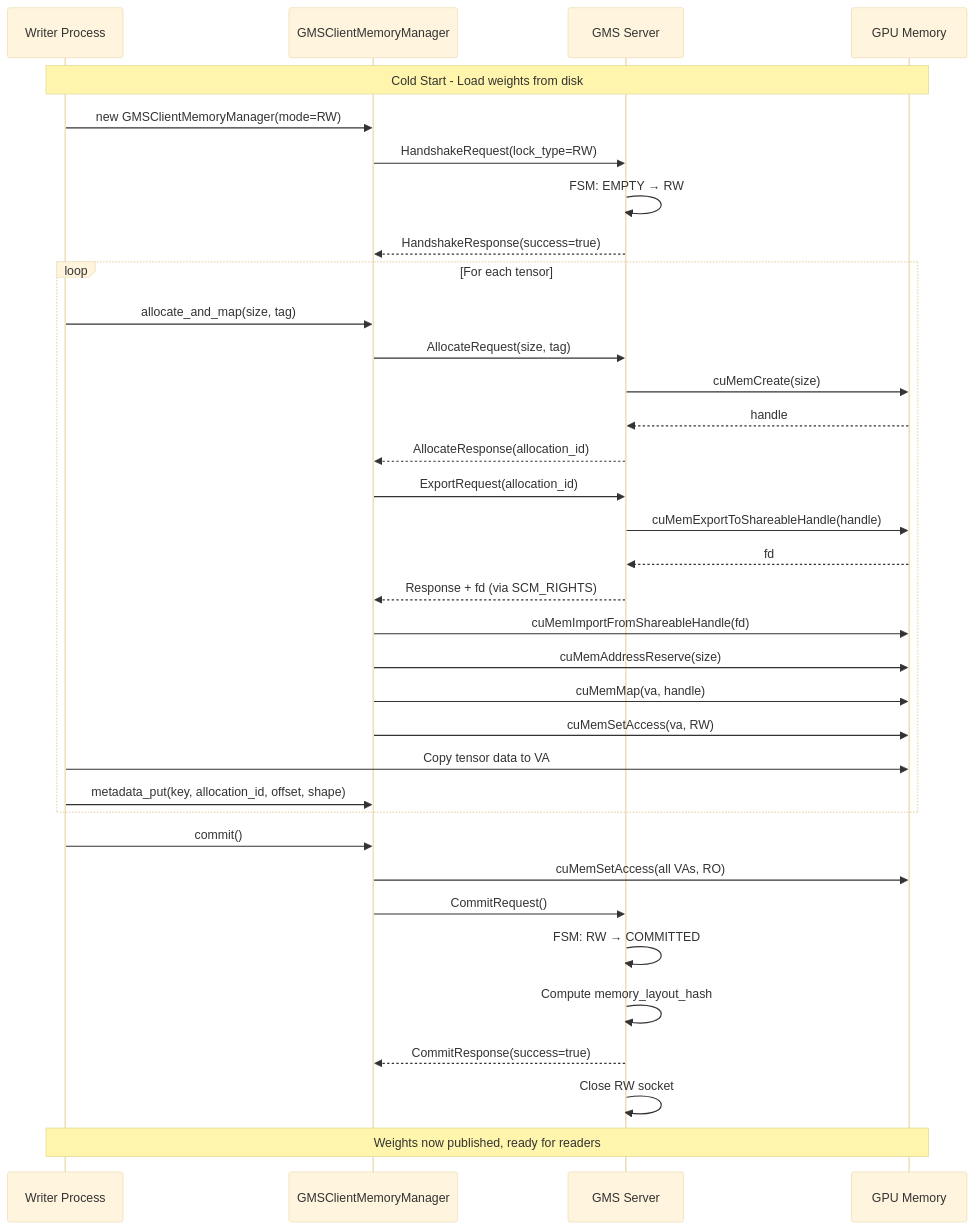
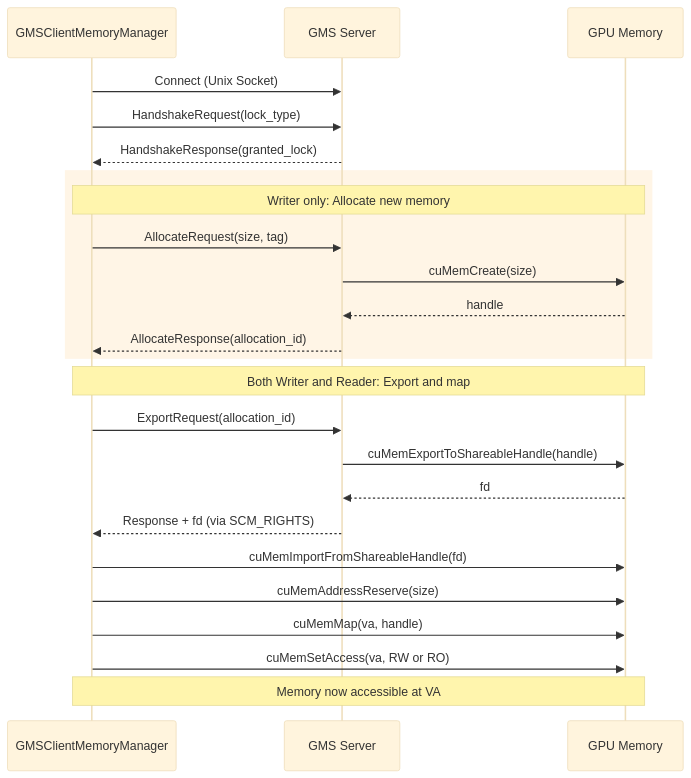
One commit to ai-dynamo/dynamo changed the first of 6 diagrams in lib/gpu_memory_service/README.md. Above: the diagram before and after it, drawn with Mermaid (base theme). The commit also changed other lines of this file, not shown here.

````diff
--- a/lib/gpu_memory_service/README.md
+++ b/lib/gpu_memory_service/README.md
@@ -163,45 +92,34 @@
 ```mermaid
 sequenceDiagram
-    participant W as Writer Process
     participant C as GMSClientMemoryManager
     participant S as GMS Server
     participant GPU as GPU Memory
 
-    Note over W,GPU: Cold Start - Load weights from disk
+    %% Connection
+    C->>S: Connect (Unix Socket)
+    C->>S: HandshakeRequest(lock_type)
+    S-->>C: HandshakeResponse(granted_lock)
 
-    W->>C: new GMSClientMemoryManager(mode=RW)
-    C->>S: HandshakeRequest(lock_type=RW)
-    S->>S: FSM: EMPTY → RW
-    S-->>C: HandshakeResponse(success=true)
-
-    loop For each tensor
-        W->>C: allocate_and_map(size, tag)
+    %% Allocation (Writer only)
+    rect rgb(255, 245, 230)
+        Note over C,GPU: Writer only: Allocate new memory
         C->>S: AllocateRequest(size, tag)
         S->>GPU: cuMemCreate(size)
         GPU-->>S: handle
         S-->>C: AllocateResponse(allocation_id)
-
-        C->>S: ExportRequest(allocation_id)
-        S->>GPU: cuMemExportToShareableHandle(handle)
-        GPU-->>S: fd
-        S-->>C: Response + fd (via SCM_RIGHTS)
-
-        C->>GPU: cuMemImportFromShareableHandle(fd)
-        C->>GPU: cuMemAddressReserve(size)
-        C->>GPU: cuMemMap(va, handle)
-        C->>GPU: cuMemSetAccess(va, RW)
-
-        W->>GPU: Copy tensor data to VA
-        W->>C: metadata_put(key, allocation_id, offset, shape)
     end
 
-    W->>C: commit()
-    C->>GPU: cuMemSetAccess(all VAs, RO)
-    C->>S: CommitRequest()
-    S->>S: FSM: RW → COMMITTED
-    S->>S: Compute memory_layout_hash
-    S-->>C: CommitResponse(success=true)
-    S->>S: Close RW socket
+    %% Export/Import (Both Writer and Reader)
+    Note over C,GPU: Both Writer and Reader: Export and map
+    C->>S: ExportRequest(allocation_id)
+    S->>GPU: cuMemExportToShareableHandle(handle)
+    GPU-->>S: fd
+    S-->>C: Response + fd (via SCM_RIGHTS)
 
-    Note over W,GPU: Weights now published, ready for readers
+    C->>GPU: cuMemImportFromShareableHandle(fd)
+    C->>GPU: cuMemAddressReserve(size)
+    C->>GPU: cuMemMap(va, handle)
+    C->>GPU: cuMemSetAccess(va, RW or RO)
+
+    Note over C,GPU: Memory now accessible at VA
 ```
````
